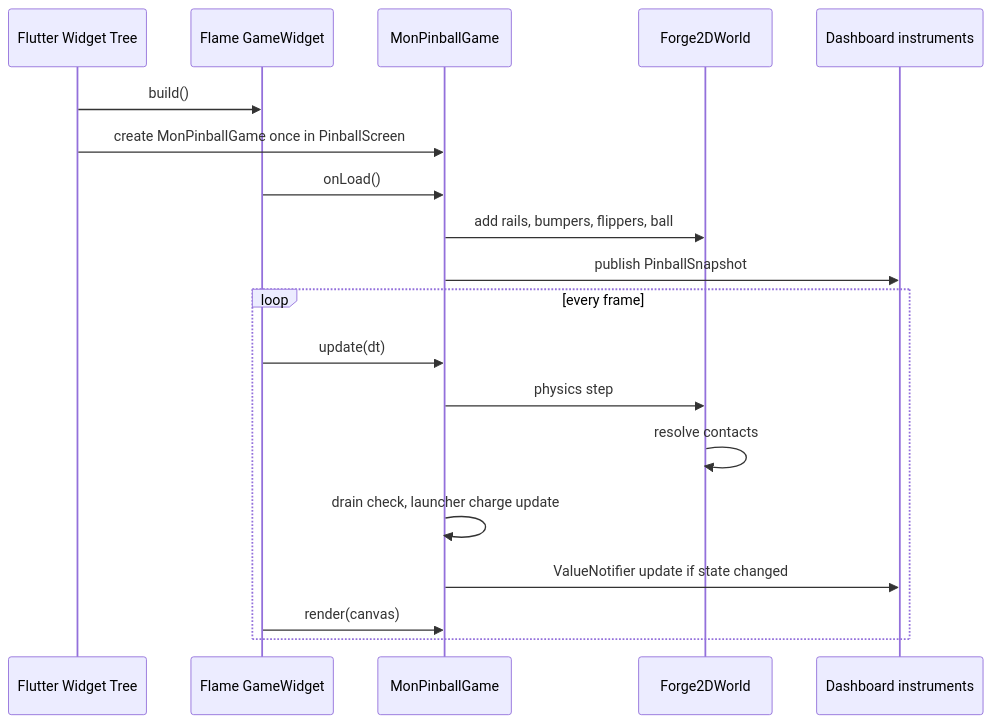
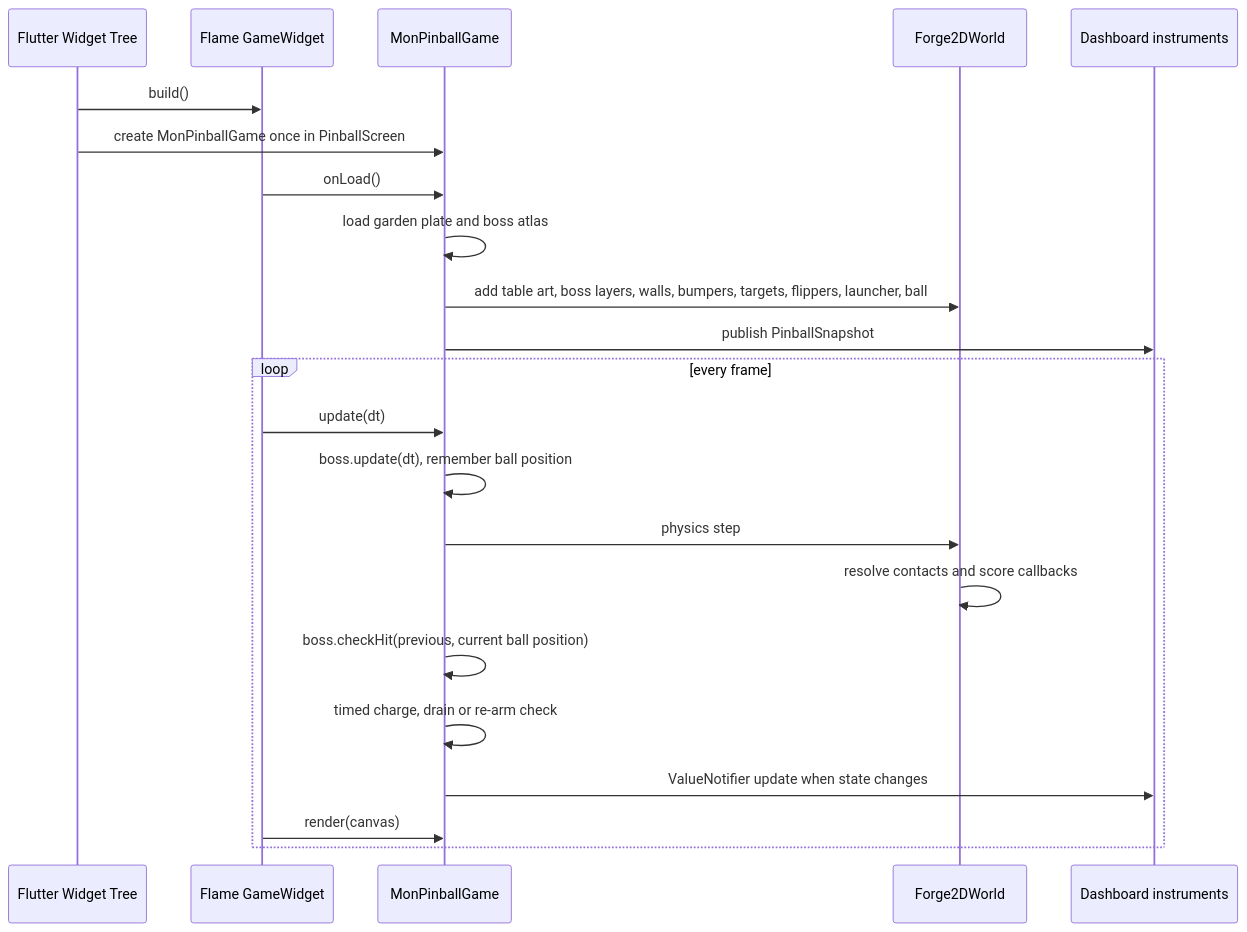
One commit to cassiadev/mon_pinball changed the second of 8 diagrams in README.ko.md. Above: the diagram before and after it, drawn with Mermaid. The commit also changed other lines of this file and 37 other files, not shown here.

First line of the commit message:
Add the Moonlit Garden boss encounter and redesign the pinball table (#1)

````diff
--- a/README.ko.md
+++ b/README.ko.md
@@ -199,23 +281,26 @@
 ```mermaid
 sequenceDiagram
   participant Flutter as Flutter Widget Tree
   participant GameWidget as Flame GameWidget
   participant Game as MonPinballGame
   participant World as Forge2DWorld
   participant HUD as Dashboard instruments
 
   Flutter->>GameWidget: build()
   Flutter->>Game: create MonPinballGame once in PinballScreen
   GameWidget->>Game: onLoad()
-  Game->>World: add rails, bumpers, flippers, ball
+  Game->>Game: load garden plate and boss atlas
+  Game->>World: add table art, boss layers, walls, bumpers, targets, flippers, launcher, ball
   Game->>HUD: publish PinballSnapshot
 
   loop every frame
     GameWidget->>Game: update(dt)
+    Game->>Game: boss.update(dt), remember ball position
     Game->>World: physics step
-    World->>World: resolve contacts
-    Game->>Game: drain check, launcher charge update
-    Game->>HUD: ValueNotifier update if state changed
+    World->>World: resolve contacts and score callbacks
+    Game->>Game: boss.checkHit(previous, current ball position)
+    Game->>Game: timed charge, drain or re-arm check
+    Game->>HUD: ValueNotifier update when state changes
     GameWidget->>Game: render(canvas)
   end
 ```
````
